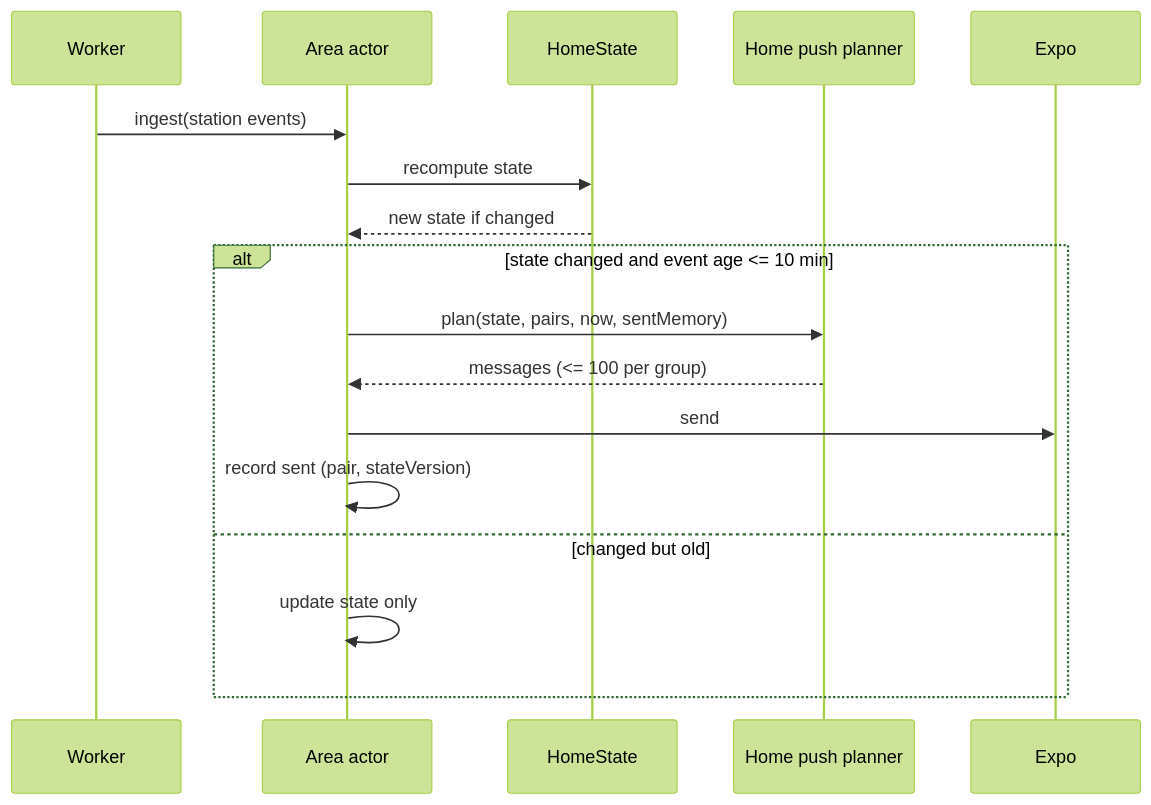
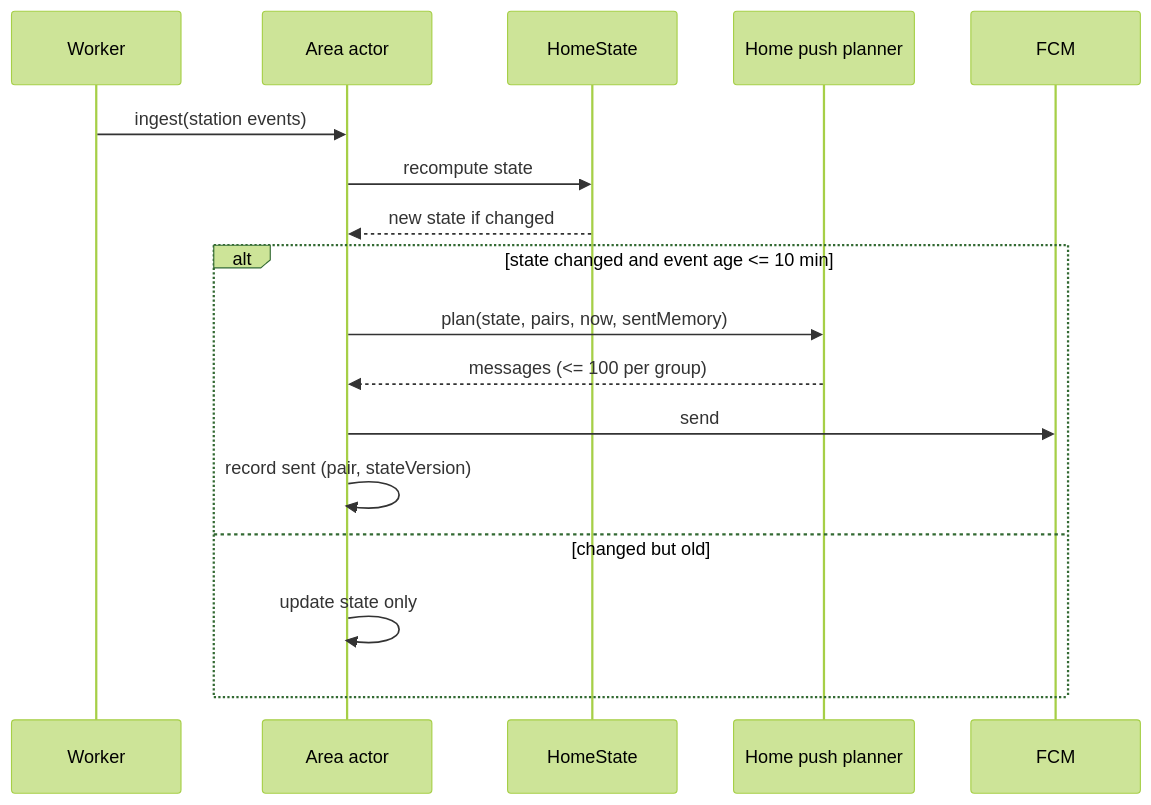
Before and after one commit to 3akare/outage: the fifth of 6 diagrams in .kiro/specs/home-watch/design.md, drawn with Mermaid (forest theme). The commit also changed other lines of this file and 108 other files, not shown here.

````diff
--- a/.kiro/specs/home-watch/design.md
+++ b/.kiro/specs/home-watch/design.md
@@ -134,19 +134,19 @@
 ```mermaid
 sequenceDiagram
     participant W as Worker
     participant A as Area actor
     participant H as HomeState
     participant P as Home push planner
-    participant X as Expo
+    participant X as FCM
     W->>A: ingest(station events)
     A->>H: recompute state
     H-->>A: new state if changed
     alt state changed and event age <= 10 min
         A->>P: plan(state, pairs, now, sentMemory)
         P-->>A: messages (<= 100 per group)
         A->>X: send
         A->>A: record sent (pair, stateVersion)
     else changed but old
         A->>A: update state only
     end
 ```
````
